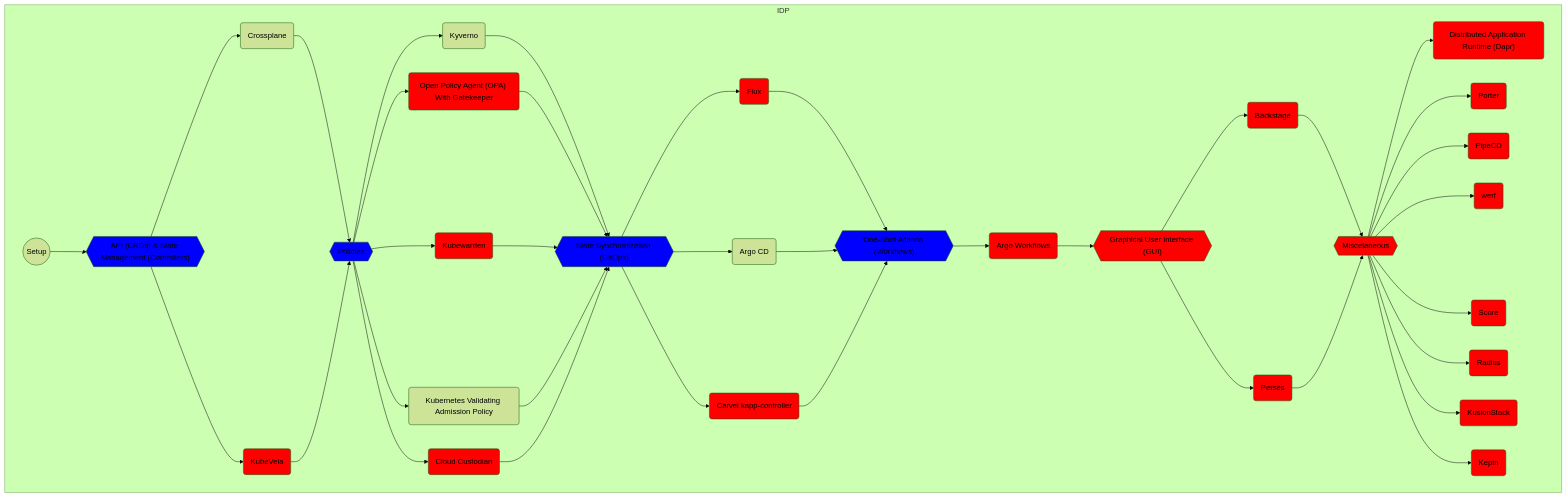
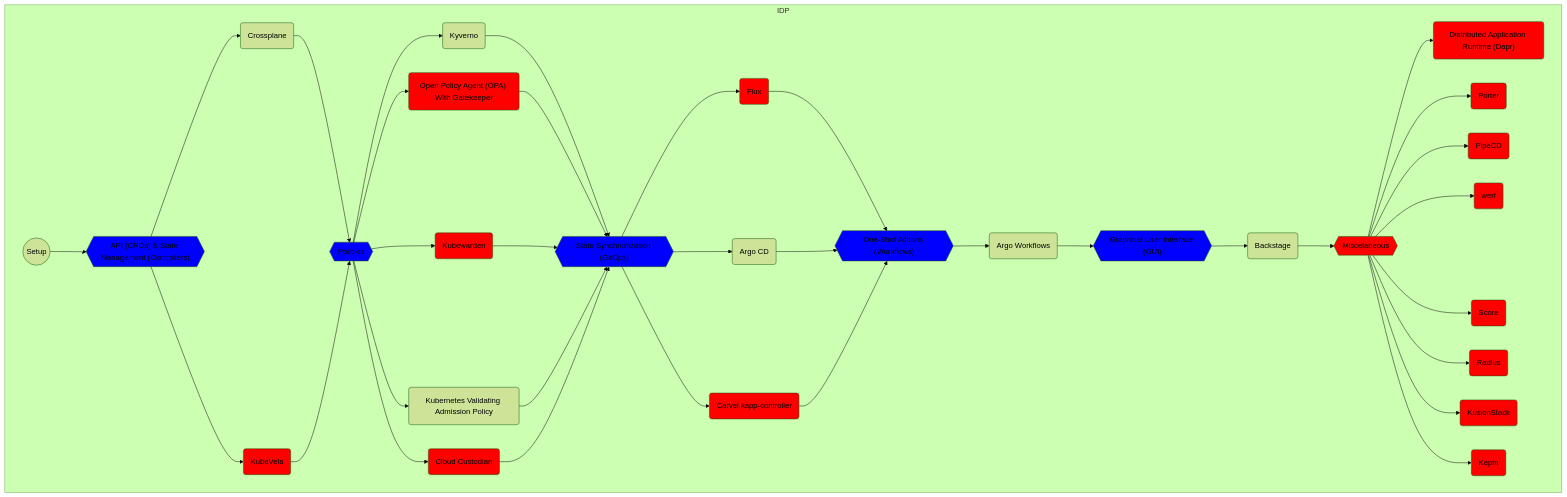
The sixth of 11 diagrams in solution.md (vfarcic/cncf-demo), drawn with Mermaid (forest theme) before and after one commit. The commit also changed other lines of this file and 12 other files, not shown here.

```diff
--- a/solution.md
+++ b/solution.md
@@ -790,7 +790,7 @@
         flux(Flux)
         style flux fill:red
         argocd(Argo CD)
-        click api "https://github.com/vfarcic/cncf-demo/blob/main/manuscript/gitops-idp/argocd.md"
+        click argocd "https://github.com/vfarcic/cncf-demo/blob/main/manuscript/gitops-idp/argocd.md"
         kapp(Carvel kapp-controller)
         style kapp fill:red
         gitops --> flux & argocd & kapp --> workflows
@@ -800,20 +800,20 @@
         %% ----------------------------------
         workflows{{"One-Shot Actions (Workflows)"}}
         style workflows fill:blue
+        click workflows "https://github.com/vfarcic/cncf-demo/blob/main/manuscript/workflows/README.md"
         argo-workflows(Argo Workflows)
-        style argo-workflows fill:red
+        click argo-workflows "https://github.com/vfarcic/cncf-demo/blob/main/manuscript/workflows/argo-workflows.md"
         workflows --> argo-workflows --> gui
 
         %% ------------------------------------
         %% -- Graphical User Interface (GUI) --
         %% ------------------------------------
         gui{{"Graphical User Interface (GUI)"}}
-        style gui fill:red
-        gui-backstage(Backstage)
-        style gui-backstage fill:red
-        perses(Perses)
-        style perses fill:red
-        gui --> gui-backstage & perses --> misc
+        style gui fill:blue
+        click gui "https://github.com/vfarcic/cncf-demo/blob/main/manuscript/gui/README.md"
+        backstage(Backstage)
+        click backstage "https://github.com/vfarcic/cncf-demo/blob/main/manuscript/gui/backstage.md"
+        gui --> backstage --> misc
 
         %% ------------------
         %% -- Miscelaneous --
```
